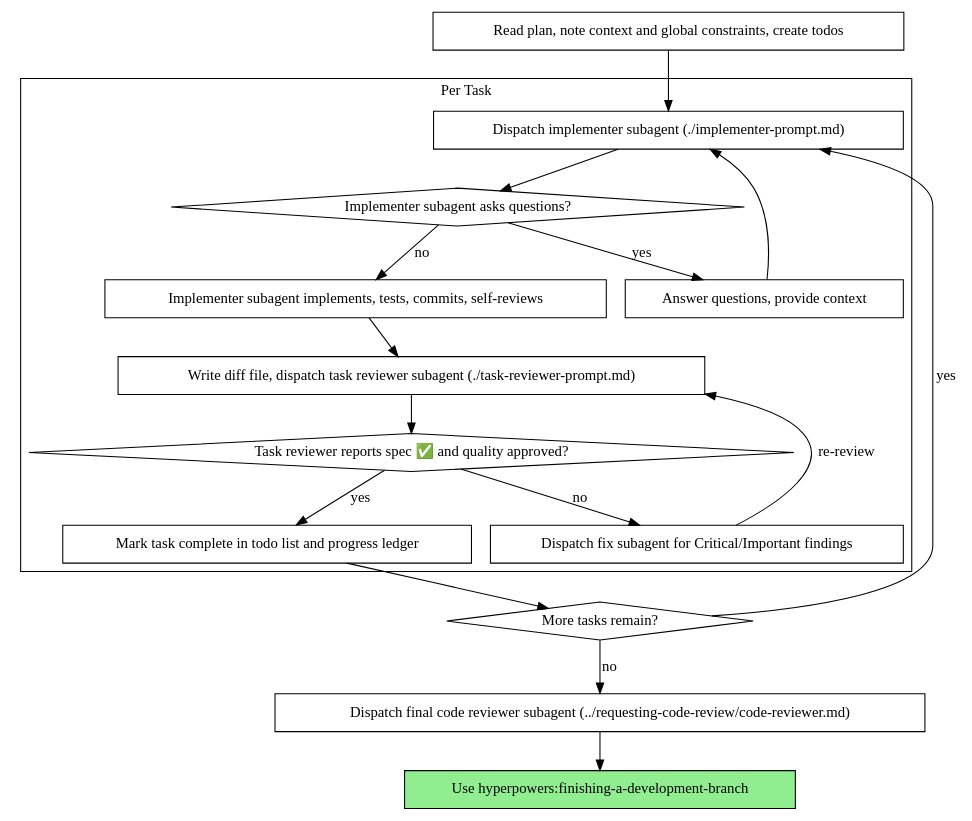
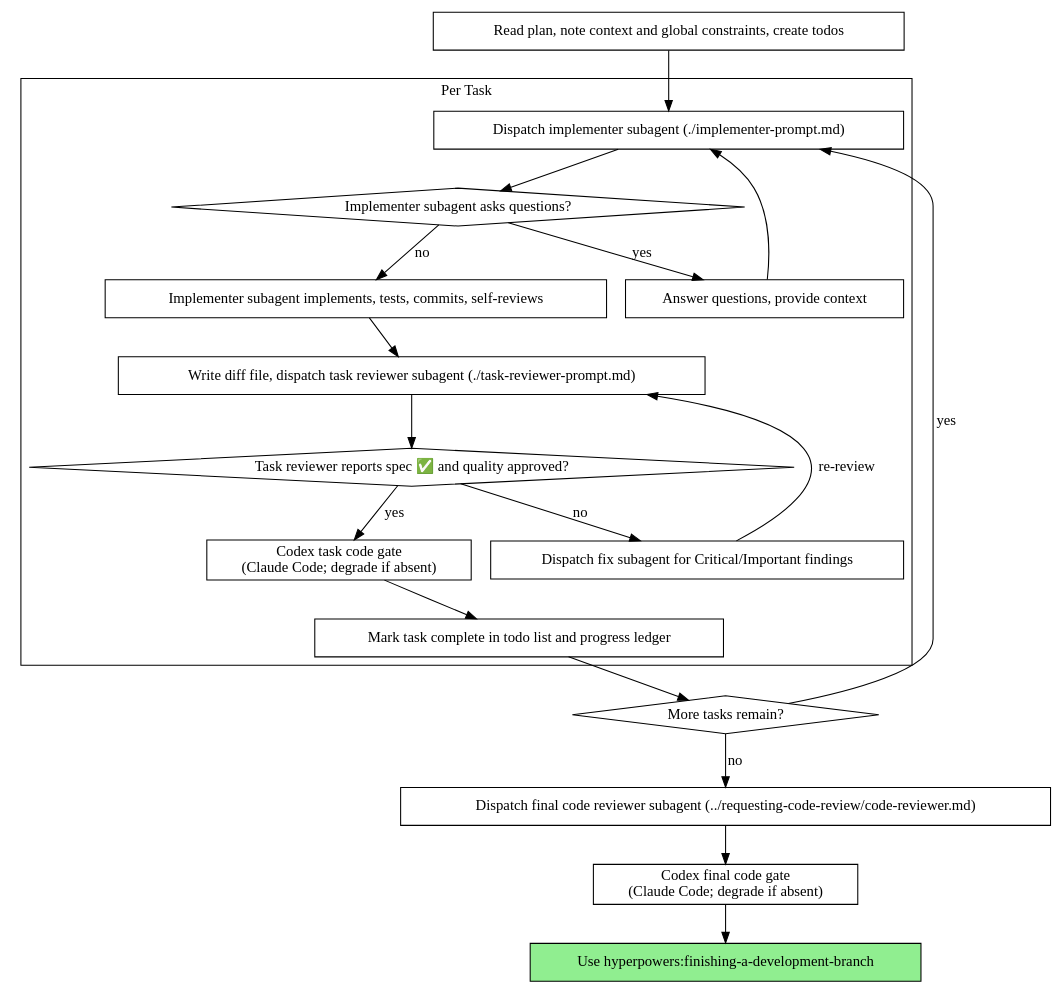
The second of 2 diagrams in skills/subagent-driven-development/SKILL.md (scott-arne/hyperpowers), drawn with Graphviz before and after one commit. The commit also changed other lines of this file, not shown here.

Commit message:
Add Codex per-task and final code review gates to SDD

````diff
--- a/skills/subagent-driven-development/SKILL.md
+++ b/skills/subagent-driven-development/SKILL.md
@@ -47,37 +47,41 @@
 ```dot
 digraph process {
     rankdir=TB;
 
     subgraph cluster_per_task {
         label="Per Task";
         "Dispatch implementer subagent (./implementer-prompt.md)" [shape=box];
         "Implementer subagent asks questions?" [shape=diamond];
         "Answer questions, provide context" [shape=box];
         "Implementer subagent implements, tests, commits, self-reviews" [shape=box];
         "Write diff file, dispatch task reviewer subagent (./task-reviewer-prompt.md)" [shape=box];
         "Task reviewer reports spec ✅ and quality approved?" [shape=diamond];
         "Dispatch fix subagent for Critical/Important findings" [shape=box];
         "Mark task complete in todo list and progress ledger" [shape=box];
+        "Codex task code gate\n(Claude Code; degrade if absent)" [shape=box];
     }
 
     "Read plan, note context and global constraints, create todos" [shape=box];
     "More tasks remain?" [shape=diamond];
     "Dispatch final code reviewer subagent (../requesting-code-review/code-reviewer.md)" [shape=box];
     "Use hyperpowers:finishing-a-development-branch" [shape=box style=filled fillcolor=lightgreen];
+    "Codex final code gate\n(Claude Code; degrade if absent)" [shape=box];
 
     "Read plan, note context and global constraints, create todos" -> "Dispatch implementer subagent (./implementer-prompt.md)";
     "Dispatch implementer subagent (./implementer-prompt.md)" -> "Implementer subagent asks questions?";
     "Implementer subagent asks questions?" -> "Answer questions, provide context" [label="yes"];
     "Answer questions, provide context" -> "Dispatch implementer subagent (./implementer-prompt.md)";
     "Implementer subagent asks questions?" -> "Implementer subagent implements, tests, commits, self-reviews" [label="no"];
     "Implementer subagent implements, tests, commits, self-reviews" -> "Write diff file, dispatch task reviewer subagent (./task-reviewer-prompt.md)";
     "Write diff file, dispatch task reviewer subagent (./task-reviewer-prompt.md)" -> "Task reviewer reports spec ✅ and quality approved?";
     "Task reviewer reports spec ✅ and quality approved?" -> "Dispatch fix subagent for Critical/Important findings" [label="no"];
     "Dispatch fix subagent for Critical/Important findings" -> "Write diff file, dispatch task reviewer subagent (./task-reviewer-prompt.md)" [label="re-review"];
-    "Task reviewer reports spec ✅ and quality approved?" -> "Mark task complete in todo list and progress ledger" [label="yes"];
+    "Task reviewer reports spec ✅ and quality approved?" -> "Codex task code gate\n(Claude Code; degrade if absent)" [label="yes"];
+    "Codex task code gate\n(Claude Code; degrade if absent)" -> "Mark task complete in todo list and progress ledger";
     "Mark task complete in todo list and progress ledger" -> "More tasks remain?";
     "More tasks remain?" -> "Dispatch implementer subagent (./implementer-prompt.md)" [label="yes"];
     "More tasks remain?" -> "Dispatch final code reviewer subagent (../requesting-code-review/code-reviewer.md)" [label="no"];
-    "Dispatch final code reviewer subagent (../requesting-code-review/code-reviewer.md)" -> "Use hyperpowers:finishing-a-development-branch";
+    "Dispatch final code reviewer subagent (../requesting-code-review/code-reviewer.md)" -> "Codex final code gate\n(Claude Code; degrade if absent)";
+    "Codex final code gate\n(Claude Code; degrade if absent)" -> "Use hyperpowers:finishing-a-development-branch";
 }
 ```
````
